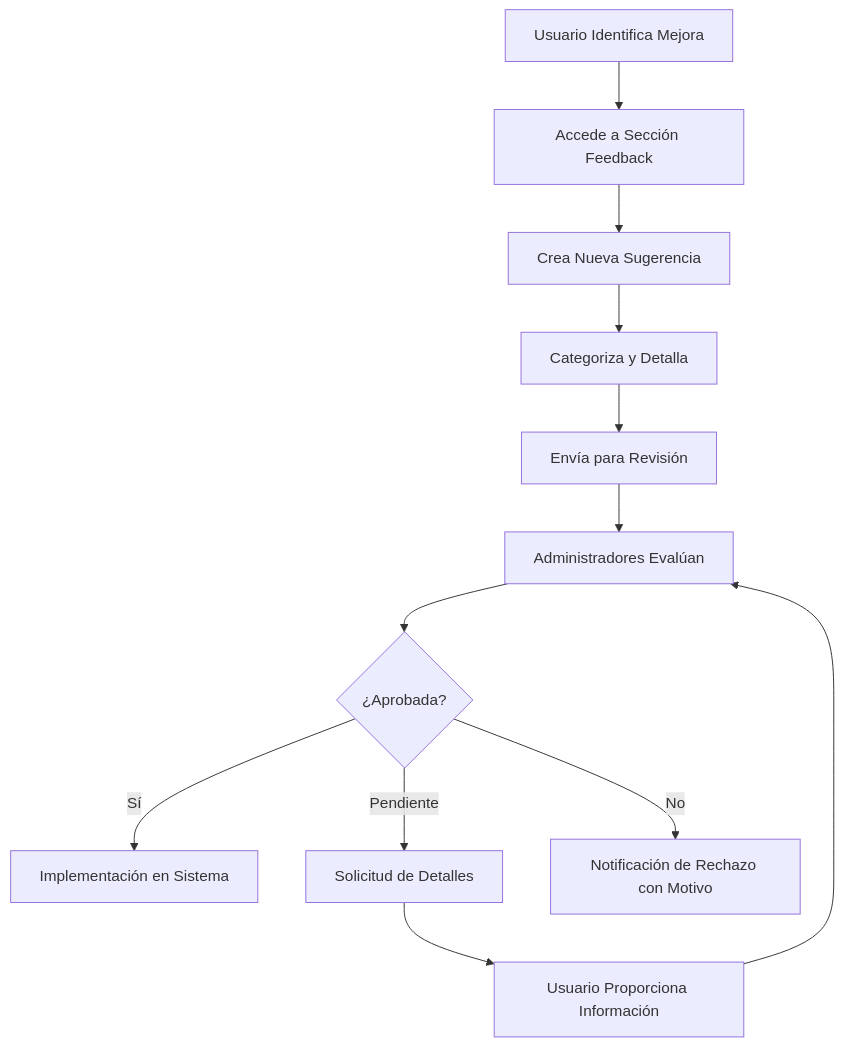
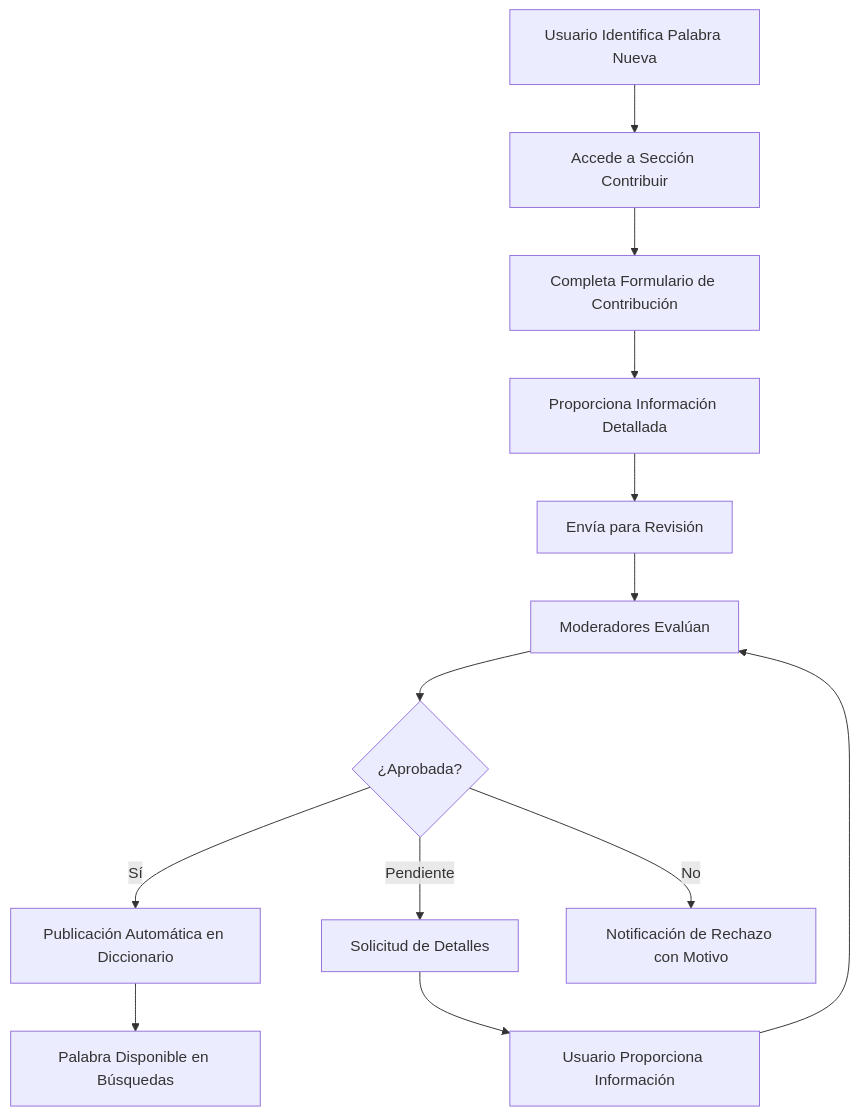
One commit to joseorteha/nahuatl-web changed the fifth of 5 diagrams in Readme.md. Above: the diagram before and after it, drawn with Mermaid. The commit also changed other lines of this file, not shown here.

````diff
--- a/Readme.md
+++ b/Readme.md
@@ -1423,14 +442,15 @@
 ```mermaid
 graph TD
-    A[Usuario Identifica Mejora] --> B[Accede a Sección Feedback]
-    B --> C[Crea Nueva Sugerencia]
-    C --> D[Categoriza y Detalla]
+    A[Usuario Identifica Palabra Nueva] --> B[Accede a Sección Contribuir]
+    B --> C[Completa Formulario de Contribución]
+    C --> D[Proporciona Información Detallada]
     D --> E[Envía para Revisión]
-    E --> F[Administradores Evalúan]
+    E --> F[Moderadores Evalúan]
     F --> G{¿Aprobada?}
-    G -- Sí --> H[Implementación en Sistema]
+    G -- Sí --> H[Publicación Automática en Diccionario]
     G -- Pendiente --> I[Solicitud de Detalles]
     G -- No --> J[Notificación de Rechazo con Motivo]
     I --> K[Usuario Proporciona Información]
     K --> F
+    H --> L[Palabra Disponible en Búsquedas]
 ```
````
